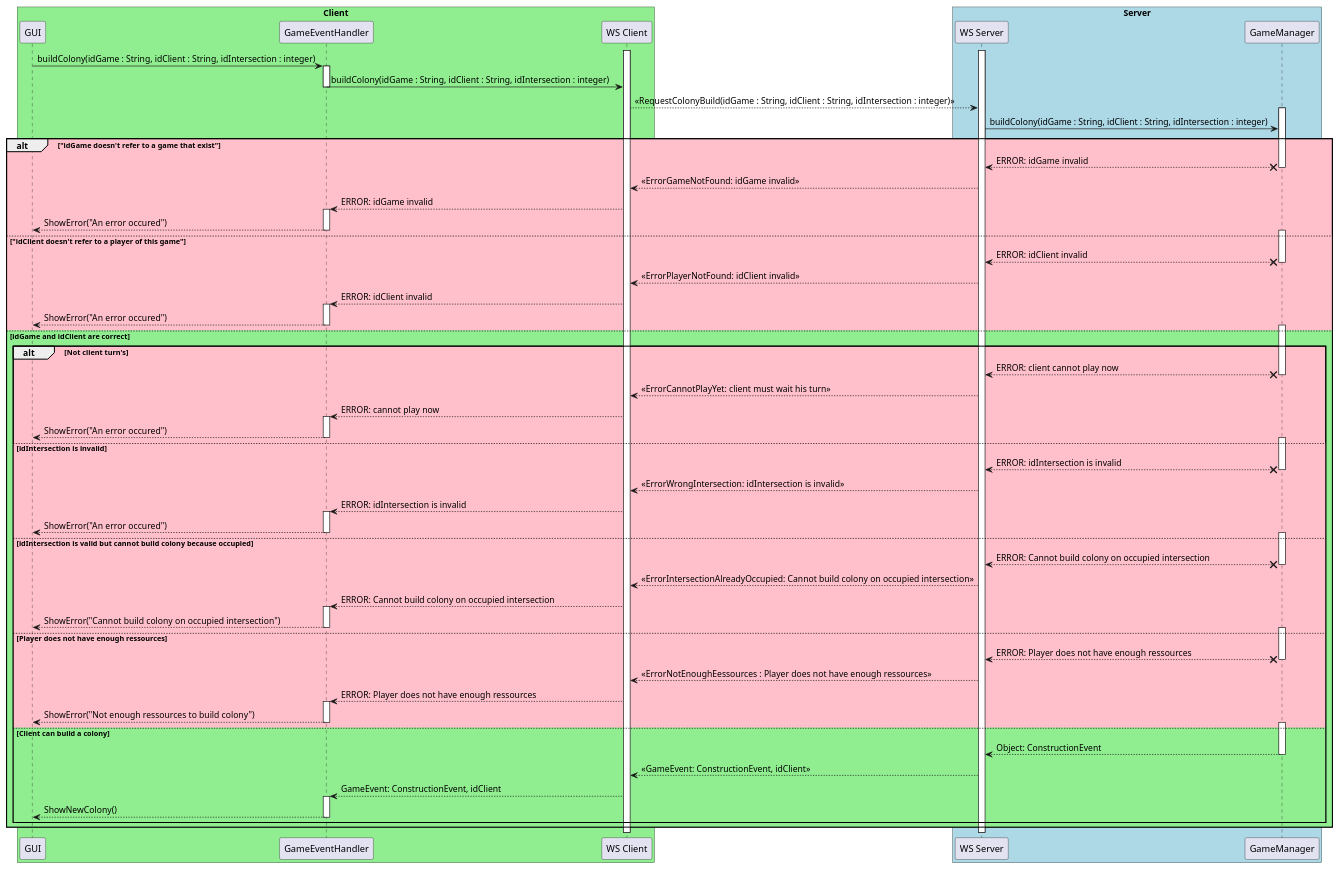
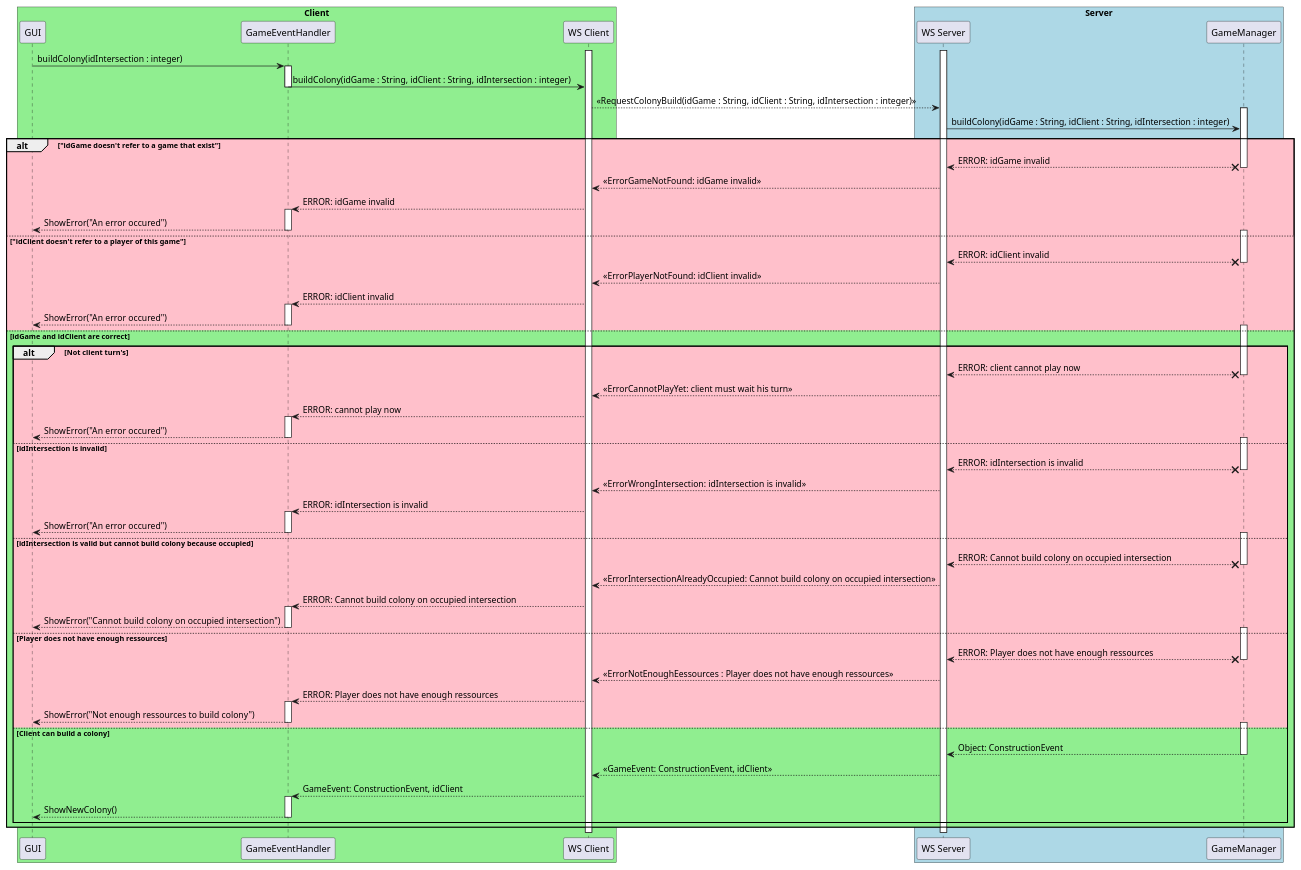
The diagram in catan-doc/modules/composants/examples/buildColonySequenceDiag.plantuml (Lapin-Obez/colon_de_catane), drawn with PlantUML before and after one commit. The commit also changed 4 other files, not shown here.

Commit message:
Fixing all diagrams by removing idGames or/and idClient from existing methods

```diff
--- a/catan-doc/modules/composants/examples/buildColonySequenceDiag.plantuml
+++ b/catan-doc/modules/composants/examples/buildColonySequenceDiag.plantuml
@@ -1,135 +1,135 @@
 @startuml
 
 box "Client" #LightGreen
   participant "GUI" as GUI
   participant "GameEventHandler" as GameEventHandler
   participant "WS Client" as WSClient
 end box
 
 box "Server" #LightBlue
   participant "WS Server" as WSServer
   participant "GameManager" as GameManager
 end box
 
 activate WSClient
 activate WSServer
 
-GUI -> GameEventHandler : buildColony(idGame : String, idClient : String, idIntersection : integer)
+GUI -> GameEventHandler : buildColony(idIntersection : integer)
 activate GameEventHandler
 
 GameEventHandler -> WSClient : buildColony(idGame : String, idClient : String, idIntersection : integer)
 deactivate GameEventHandler
 
 WSClient --> WSServer : <<RequestColonyBuild(idGame : String, idClient : String, idIntersection : integer)>>
 
 activate GameManager
 WSServer -> GameManager : buildColony(idGame : String, idClient : String, idIntersection : integer)
 
 alt #Pink "idGame doesn't refer to a game that exist"
   GameManager x--> WSServer : ERROR: idGame invalid
   deactivate GameManager
   
   WSServer --> WSClient : <<ErrorGameNotFound: idGame invalid>>
 
   WSClient --> GameEventHandler : ERROR: idGame invalid
   activate GameEventHandler
 
   GameEventHandler --> GUI : ShowError("An error occured")
   deactivate GameEventHandler
 
 else #Pink "idClient doesn't refer to a player of this game"
   activate GameManager
 
   GameManager x--> WSServer : ERROR: idClient invalid
   deactivate GameManager
   
   WSServer --> WSClient : <<ErrorPlayerNotFound: idClient invalid>>
 
   WSClient --> GameEventHandler : ERROR: idClient invalid
   activate GameEventHandler
 
   GameEventHandler --> GUI : ShowError("An error occured")
   deactivate GameEventHandler
 
 else #LightGreen idGame and idClient are correct
   
   alt #Pink Not client turn's
 
     activate GameManager
 
     GameManager x--> WSServer : ERROR: client cannot play now
     deactivate GameManager
     
     WSServer --> WSClient : <<ErrorCannotPlayYet: client must wait his turn>>
   
     WSClient --> GameEventHandler : ERROR: cannot play now
     activate GameEventHandler
   
     GameEventHandler --> GUI : ShowError("An error occured")
     deactivate GameEventHandler
     
   else #Pink idIntersection is invalid
 
     activate GameManager
 
     GameManager x--> WSServer : ERROR: idIntersection is invalid
     deactivate GameManager
     
     WSServer --> WSClient : <<ErrorWrongIntersection: idIntersection is invalid>>
   
     WSClient --> GameEventHandler : ERROR: idIntersection is invalid
     activate GameEventHandler
   
     GameEventHandler --> GUI : ShowError("An error occured")
     deactivate GameEventHandler
     
   else #Pink idIntersection is valid but cannot build colony because occupied
 
     activate GameManager
 
     GameManager x--> WSServer : ERROR: Cannot build colony on occupied intersection
     deactivate GameManager
     
     WSServer --> WSClient : <<ErrorIntersectionAlreadyOccupied: Cannot build colony on occupied intersection>>
   
     WSClient --> GameEventHandler : ERROR: Cannot build colony on occupied intersection
     activate GameEventHandler
   
     GameEventHandler --> GUI : ShowError("Cannot build colony on occupied intersection")
     deactivate GameEventHandler
     
     
   else #Pink Player does not have enough ressources 
 
     activate GameManager
 
     GameManager x--> WSServer : ERROR: Player does not have enough ressources 
     deactivate GameManager
     
     WSServer --> WSClient : <<ErrorNotEnoughEessources : Player does not have enough ressources >>
   
     WSClient --> GameEventHandler : ERROR: Player does not have enough ressources
     activate GameEventHandler
   
     GameEventHandler --> GUI : ShowError("Not enough ressources to build colony")
     deactivate GameEventHandler
     
   else #LightGreen Client can build a colony
     
     activate GameManager
 
     GameManager --> WSServer : Object: ConstructionEvent
     deactivate GameManager
     
     WSServer --> WSClient : <<GameEvent: ConstructionEvent, idClient>>
   
     WSClient --> GameEventHandler : GameEvent: ConstructionEvent, idClient
     activate GameEventHandler
   
     GameEventHandler --> GUI : ShowNewColony()
     deactivate GameEventHandler
     
   end
 end
 
 @enduml
```
